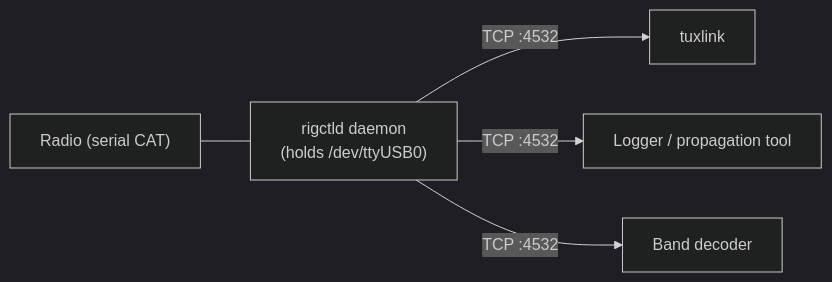
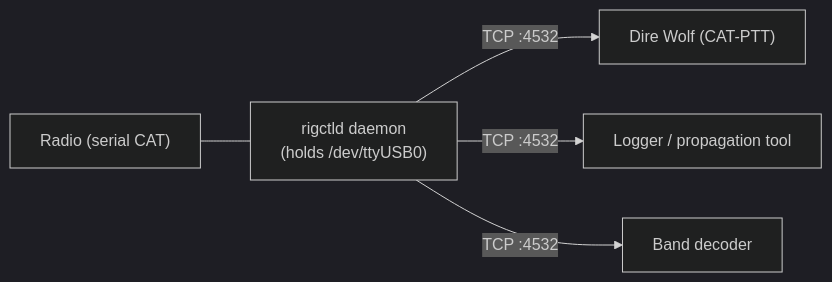
One commit to cameronzucker/tuxlink changed the diagram in docs/user-guide/12-cat-and-rigctld.md. Above: the diagram before and after it, drawn with Mermaid (dark theme). The commit also changed other lines of this file and 15 other files, not shown here.

````diff
--- a/docs/user-guide/12-cat-and-rigctld.md
+++ b/docs/user-guide/12-cat-and-rigctld.md
@@ -38,13 +40,13 @@
 ```mermaid
 flowchart LR
     Radio["Radio (serial CAT)"]
     Rigctld["rigctld daemon<br/>(holds /dev/ttyUSB0)"]
-    Tuxlink["tuxlink"]
+    DireWolf["Dire Wolf (CAT-PTT)"]
     Logger["Logger / propagation tool"]
     Decoder["Band decoder"]
 
     Radio --- Rigctld
-    Rigctld -- "TCP :4532" --> Tuxlink
+    Rigctld -- "TCP :4532" --> DireWolf
     Rigctld -- "TCP :4532" --> Logger
     Rigctld -- "TCP :4532" --> Decoder
 ```
````
